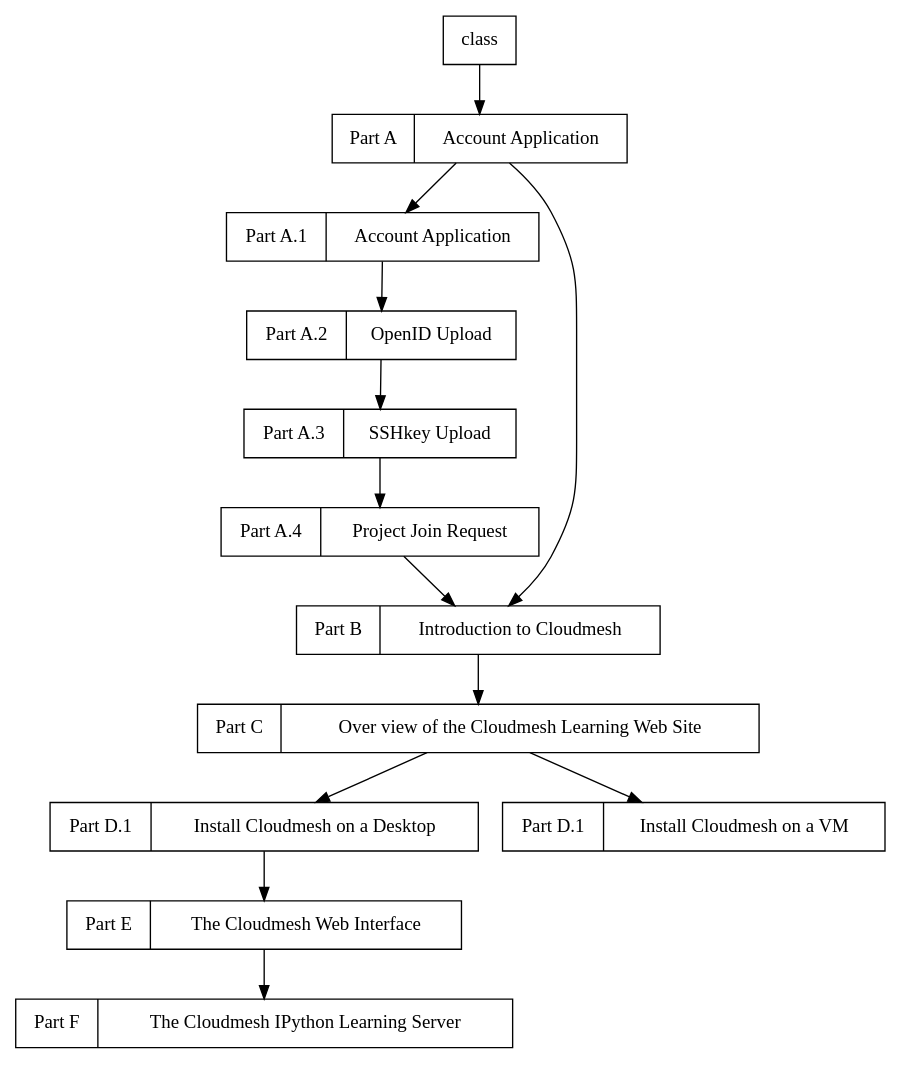
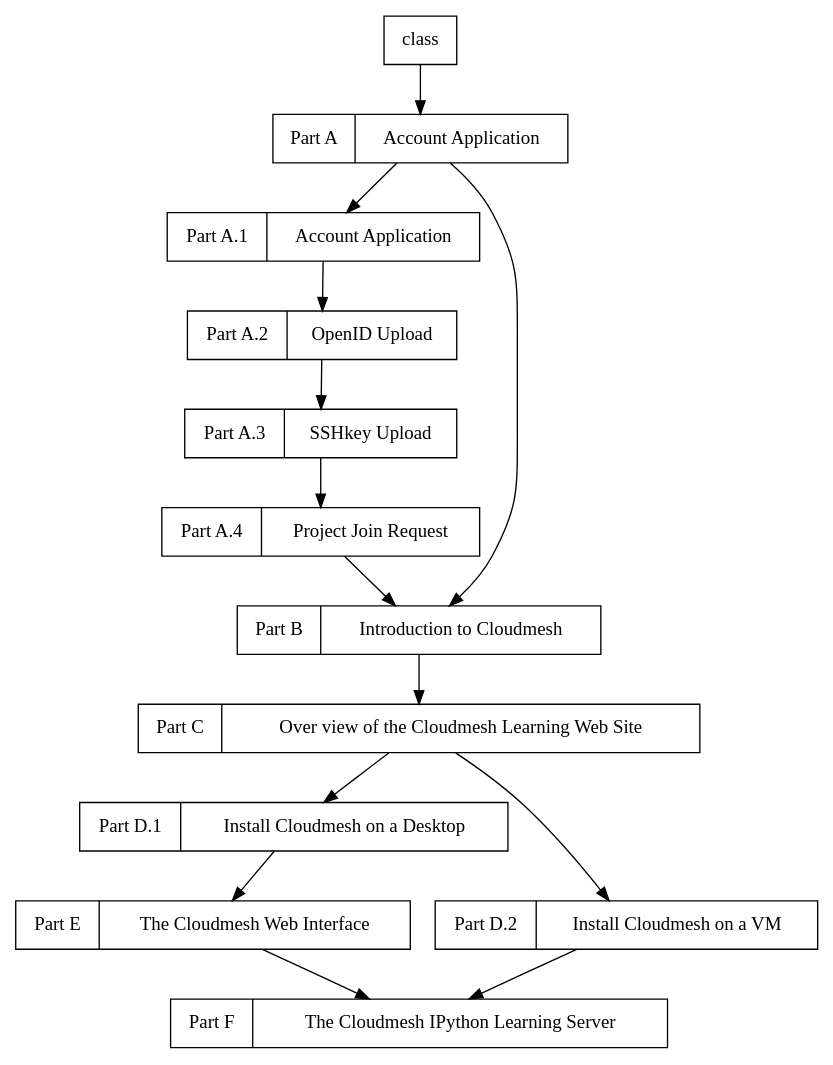
One commit to cloudmesh/useful-introduction_to_cloud-2015 changed the diagram in docs/source/class/i590.rst. Above: the diagram before and after it, drawn with Graphviz. The commit also changed 1 other file, not shown here.

Commit message:
change volume size

```diff
--- a/docs/source/class/i590.rst
+++ b/docs/source/class/i590.rst
@@ -13,60 +13,60 @@
 .. graphviz::
 
       digraph foo {
 	   node [shape=record];
 
 	   a [label="Part A | Account Application ",
 	       URL="http://www.youtube.com/watch?v=CwHFaluDgzc", 
 	       target="_blank"];
 
 	   a1 [label="Part A.1 | Account Application ",
 	       URL="http://www.youtube.com/watch?v=c7mjKI8mJws", 
 	       target="_blank"];
 
 	   a2 [label="Part A.2 | OpenID Upload ",
 	       URL="http://www.youtube.com/watch?v=rZzpCYWDEpI", 
 	       target="_blank"];
 
 	   a3 [label="Part A.3 | SSHkey Upload ",
 	       URL="http://www.youtube.com/watch?v=4wjVwQbOlSU", 
 	       target="_blank"];
 
 	   a4 [label="Part A.4 | Project Join Request",
 	       URL="http://www.youtube.com/watch?v=5xQiPBwt58s", 
 	       target="_blank"];
 
 	   b [label="Part B | Introduction to Cloudmesh ",
 	       URL="http://www.youtube.com/watch?v=njHHjRMb7V8", 
 	       target="_blank"];
 
 	   c [label="Part C | Over view of the Cloudmesh Learning Web Site",
 	       URL="http://www.youtube.com/watch?v=uGIPmiJ0cxg", 
 	       target="_blank"];
 
 	   d1 [label="Part D.1 | Install Cloudmesh on a Desktop",
 	       URL="http://www.youtube.com/watch?v=lGiJifD0VgU", 
 	       target="_blank"];
 
-	   d2 [label="Part D.1 | Install Cloudmesh on a VM",
+	   d2 [label="Part D.2 | Install Cloudmesh on a VM",
 	       URL="http://www.youtube.com/watch?v=rcecpgm-47g", 
 	       target="_blank"];
 
 	   e  [label="Part E | The Cloudmesh Web Interface",
 	       URL="http://www.youtube.com/watch?v=l_P4G85rysA", 
 	       target="_blank"];
 
 	   f  [label="Part F | The Cloudmesh IPython Learning Server",
 	       URL="http://www.youtube.com/watch?v=1dn_av-zC00", 
 	       target="_blank"];
 
            subgraph accounts {
 	       a1 -> a2 -> a3 -> a4 
            }
 
 	   a -> a1 [lhead=accounts];
 	   a4 -> b [ltail=accounts];
 	   class -> a -> b -> c ;
 	   c -> d1;
-	   c -> d2;
+	   c -> d2 -> f;
 	   d1 -> e -> f ;
       }
```
